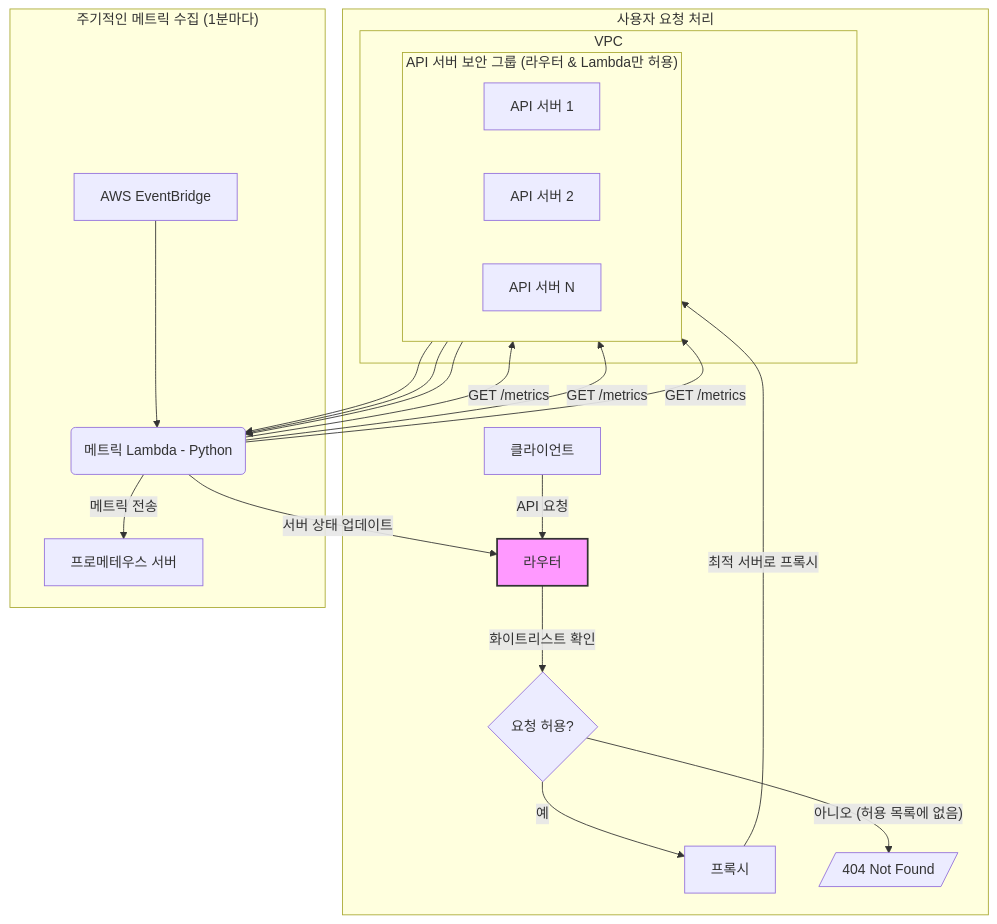
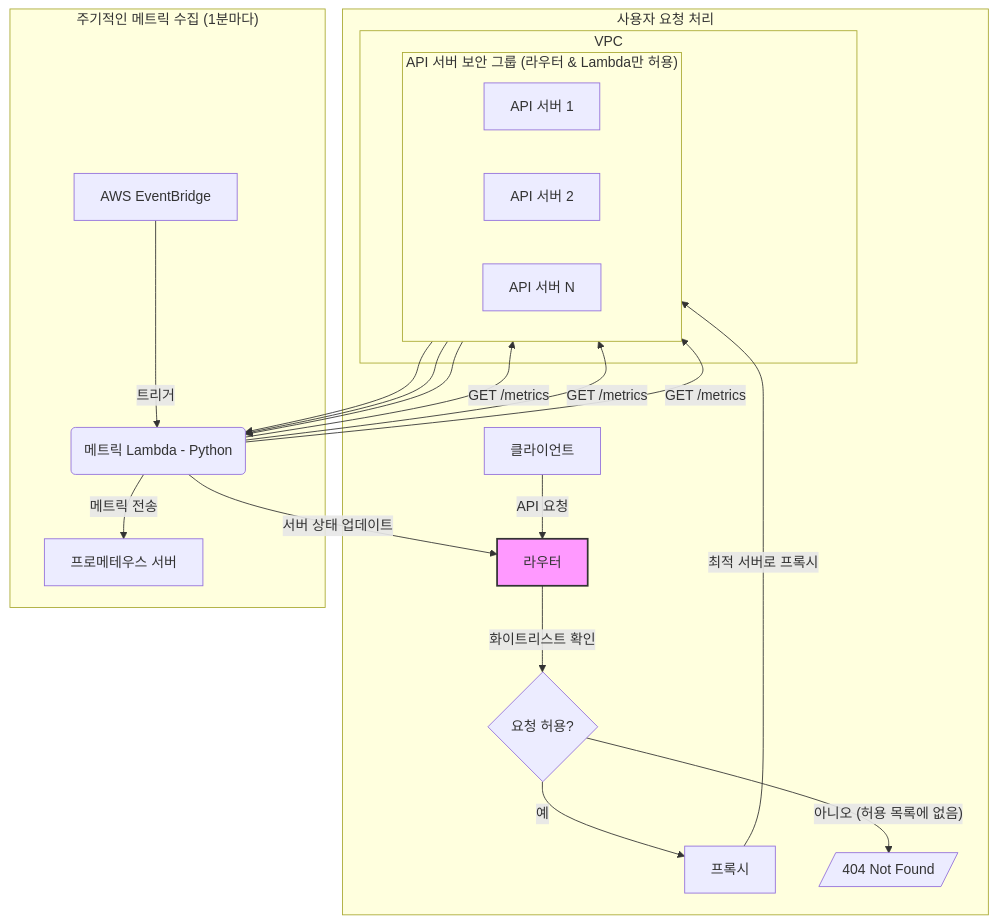
The fourth of 4 diagrams in profile/README.md (ndns-dev/.github), drawn with Mermaid before and after one commit. The commit also changed other lines of this file, not shown here.

````diff
--- a/profile/README.md
+++ b/profile/README.md
@@ -94,32 +106,32 @@
 ```mermaid
 graph TD
     subgraph "사용자 요청 처리"
         클라이언트 -- "API 요청" --> 라우터;
         라우터 -- "화이트리스트 확인" --> 라우터_결정{요청 허용?};
         라우터_결정 -- "예" --> 프록시;
         라우터_결정 -- "아니오 (허용 목록에 없음)" --> 요청_거부[/"404 Not Found"/];
         subgraph "VPC"
             subgraph "API 서버 보안 그룹 (라우터 & Lambda만 허용)"
                 direction LR
                 API_서버_1[API 서버 1];
                 API_서버_2[API 서버 2];
                 API_서버_N[API 서버 N];
             end
         end
         프록시 -- "최적 서버로 프록시" --> API_서버_2;
     end
 
     subgraph "주기적인 메트릭 수집 (1분마다)"
-        EventBridge[AWS EventBridge] --> 메트릭_Lambda(메트릭 Lambda - Python);
+        EventBridge[AWS EventBridge] -- "트리거" --> 메트릭_Lambda(메트릭 Lambda - Python);
         메트릭_Lambda -- "GET /metrics" --> API_서버_1;
         메트릭_Lambda -- "GET /metrics" --> API_서버_2;
         메트릭_Lambda -- "GET /metrics" --> API_서버_N;
         API_서버_1 --> 메트릭_Lambda;
         API_서버_2 --> 메트릭_Lambda;
         API_서버_N --> 메트릭_Lambda;
         메트릭_Lambda -- "메트릭 전송" --> 프로메테우스_서버[프로메테우스 서버];
         메트릭_Lambda -- "서버 상태 업데이트" --> 라우터;
     end
 
     style 라우터 fill:#f9f,stroke:#333,stroke-width:2px
 ```
````
